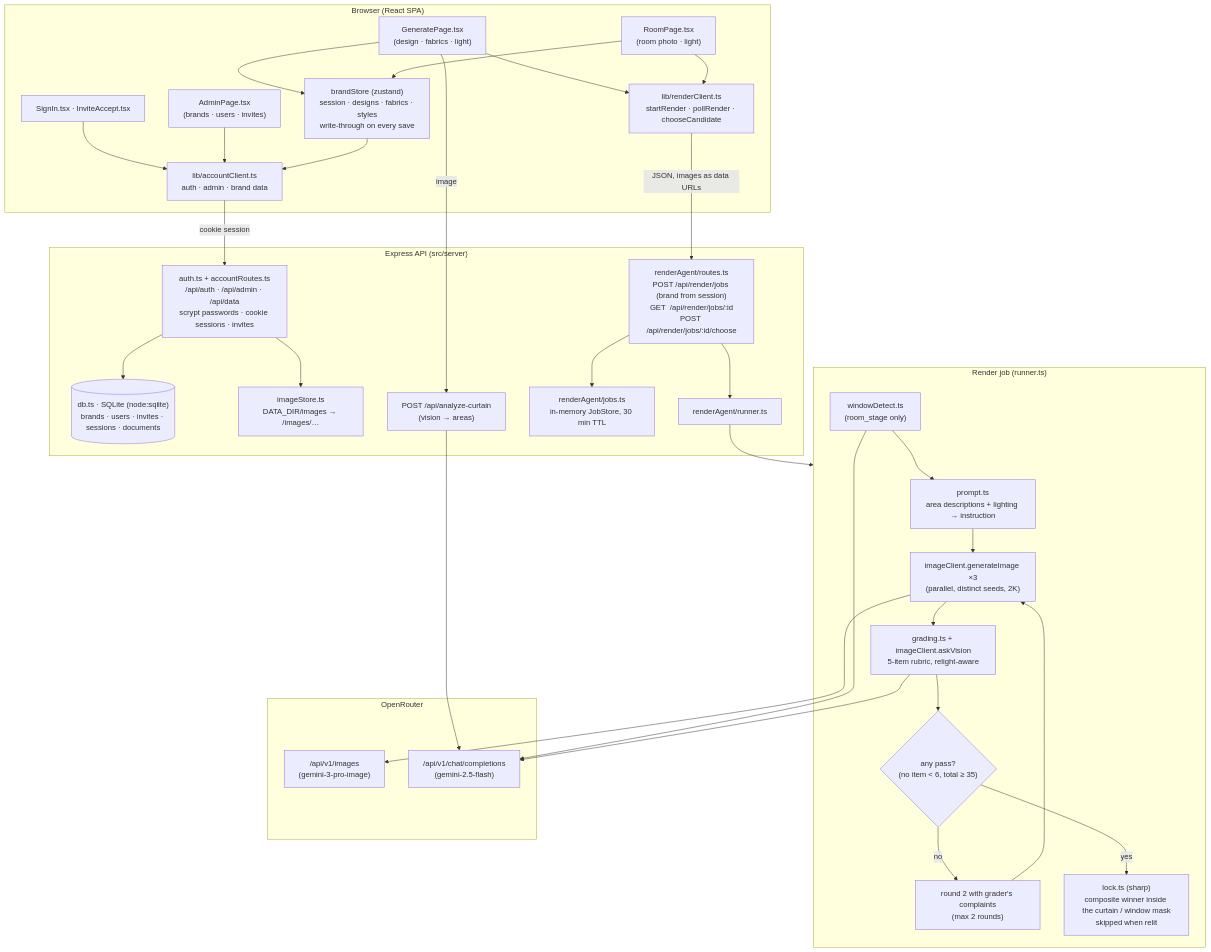
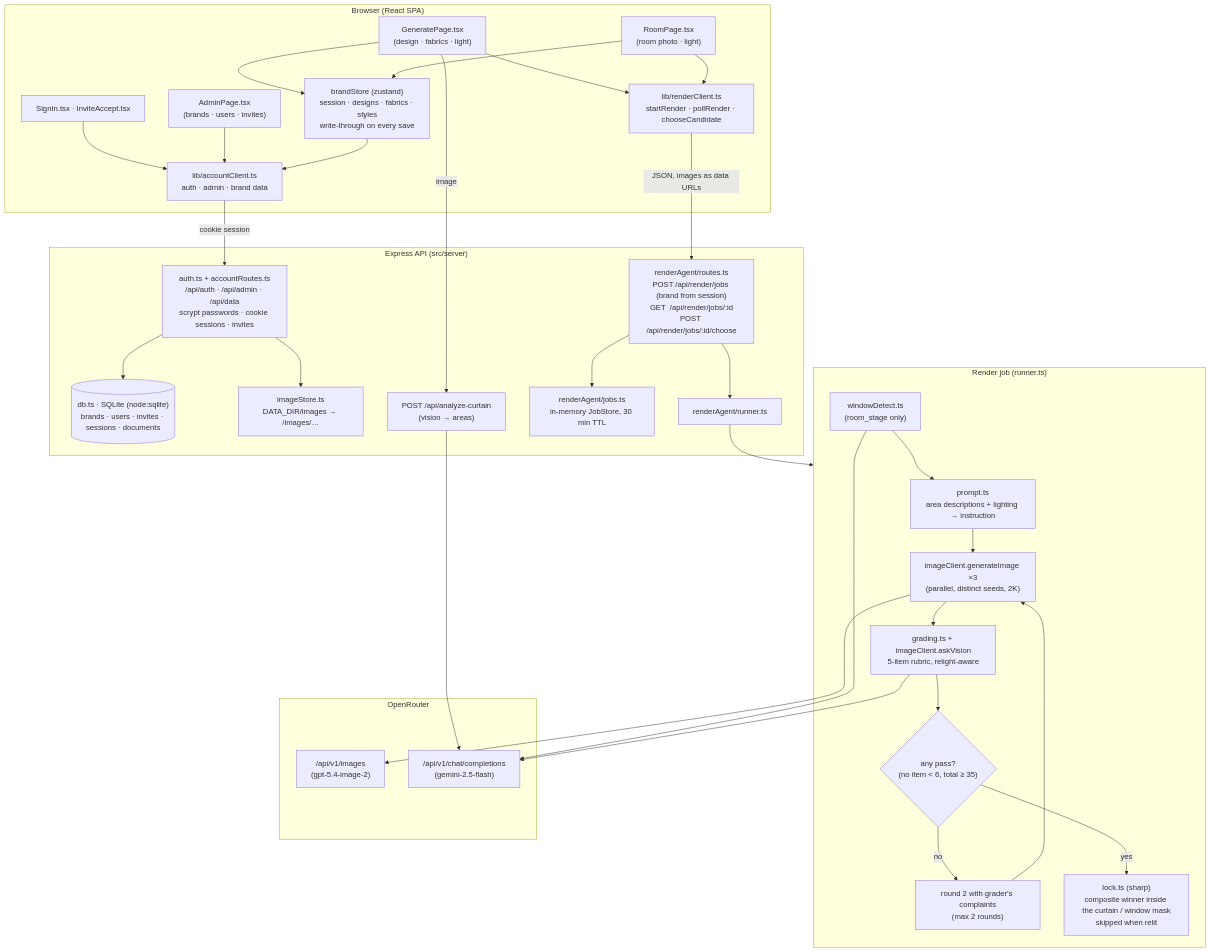
One commit to Vijendrapratap/Aatmi-curtain changed the second of 2 diagrams in README.md. Above: the diagram before and after it, drawn with Mermaid. The commit also changed other lines of this file and 15 other files, not shown here.

First line of the commit message:
feat: variations control (default 1), GPT Image 2 as default model, premium glass UI

````diff
--- a/README.md
+++ b/README.md
@@ -47,61 +47,61 @@
 ```mermaid
 flowchart TB
     subgraph Browser["Browser (React SPA)"]
         SI["SignIn.tsx · InviteAccept.tsx"]
         GP["GeneratePage.tsx\n(design · fabrics · light)"]
         RP["RoomPage.tsx\n(room photo · light)"]
         AP["AdminPage.tsx\n(brands · users · invites)"]
         RC["lib/renderClient.ts\nstartRender · pollRender · chooseCandidate"]
         AC["lib/accountClient.ts\nauth · admin · brand data"]
         ST["brandStore (zustand)\nsession · designs · fabrics · styles\nwrite-through on every save"]
         GP --> RC
         RP --> RC
         GP --> ST
         RP --> ST
         SI --> AC
         AP --> AC
         ST --> AC
     end
 
     subgraph Server["Express API (src/server)"]
         AU["auth.ts + accountRoutes.ts\n/api/auth · /api/admin · /api/data\nscrypt passwords · cookie sessions · invites"]
         DB[("db.ts · SQLite (node:sqlite)\nbrands · users · invites · sessions · documents")]
         IS["imageStore.ts\nDATA_DIR/images → /images/…"]
         AN["POST /api/analyze-curtain\n(vision → areas)"]
         RT["renderAgent/routes.ts\nPOST /api/render/jobs (brand from session)\nGET  /api/render/jobs/:id\nPOST /api/render/jobs/:id/choose"]
         JS["renderAgent/jobs.ts\nin-memory JobStore, 30 min TTL"]
         RN["renderAgent/runner.ts"]
         AU --> DB
         AU --> IS
         RT --> JS
         RT --> RN
     end
 
     subgraph Pipeline["Render job (runner.ts)"]
         P["prompt.ts\narea descriptions + lighting → instruction"]
         WD["windowDetect.ts\n(room_stage only)"]
         GEN["imageClient.generateImage ×3\n(parallel, distinct seeds, 2K)"]
         GR["grading.ts + imageClient.askVision\n5-item rubric, relight-aware"]
         SEL{"any pass?\n(no item < 6, total ≥ 35)"}
         RETRY["round 2 with grader's complaints\n(max 2 rounds)"]
         LK["lock.ts (sharp)\ncomposite winner inside the curtain / window mask\nskipped when relit"]
         WD --> P
         P --> GEN --> GR --> SEL
         SEL -- no --> RETRY --> GEN
         SEL -- yes --> LK
     end
 
     subgraph Provider["OpenRouter"]
-        IM["/api/v1/images\n(gemini-3-pro-image)"]
+        IM["/api/v1/images\n(gpt-5.4-image-2)"]
         CH["/api/v1/chat/completions\n(gemini-2.5-flash)"]
     end
 
     AC -->|cookie session| AU
     RC -->|JSON, images as data URLs| RT
     GP -->|image| AN
     AN --> CH
     RN --> Pipeline
     WD --> CH
     GEN --> IM
     GR --> CH
 ```
````
